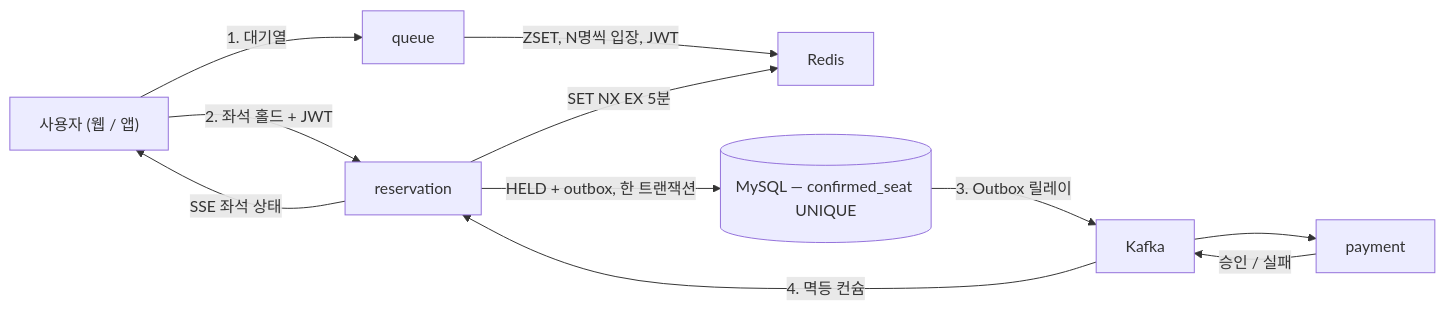
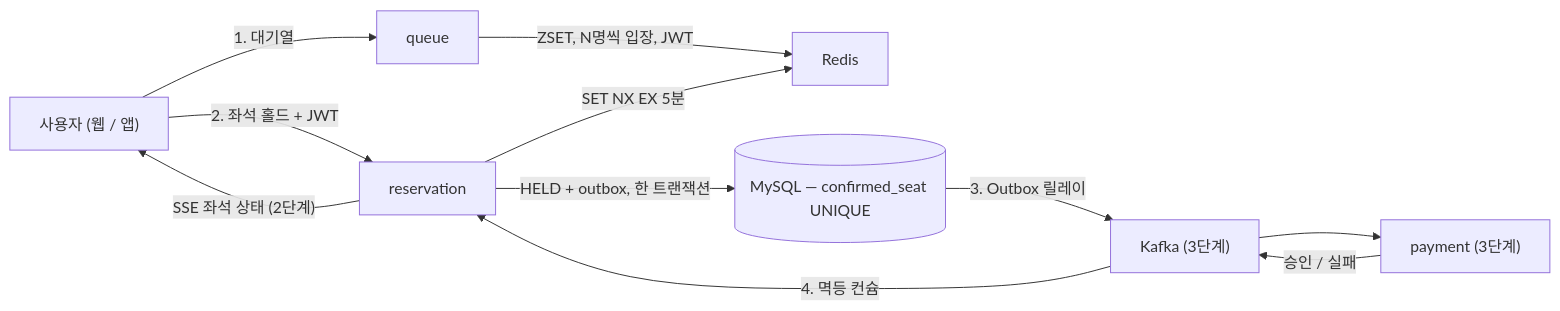
Before and after one commit to YongjaeKwon/ticket-rush: the diagram in README.md, drawn with Mermaid. The commit also changed other lines of this file, not shown here.

````diff
--- a/README.md
+++ b/README.md
@@ -19,13 +24,13 @@
 ```mermaid
 flowchart LR
   U["사용자 (웹 / 앱)"] -->|"1. 대기열"| Q["queue"]
   Q -->|"ZSET, N명씩 입장, JWT"| RD["Redis"]
   U -->|"2. 좌석 홀드 + JWT"| R["reservation"]
   R -->|"SET NX EX 5분"| RD
   R -->|"HELD + outbox, 한 트랜잭션"| DB[("MySQL — confirmed_seat UNIQUE")]
-  DB -->|"3. Outbox 릴레이"| K["Kafka"]
-  K --> P["payment"]
+  DB -->|"3. Outbox 릴레이"| K["Kafka (3단계)"]
+  K --> P["payment (3단계)"]
   P -->|"승인 / 실패"| K
   K -->|"4. 멱등 컨슘"| R
-  R -->|"SSE 좌석 상태"| U
+  R -->|"SSE 좌석 상태 (2단계)"| U
 ```
````
